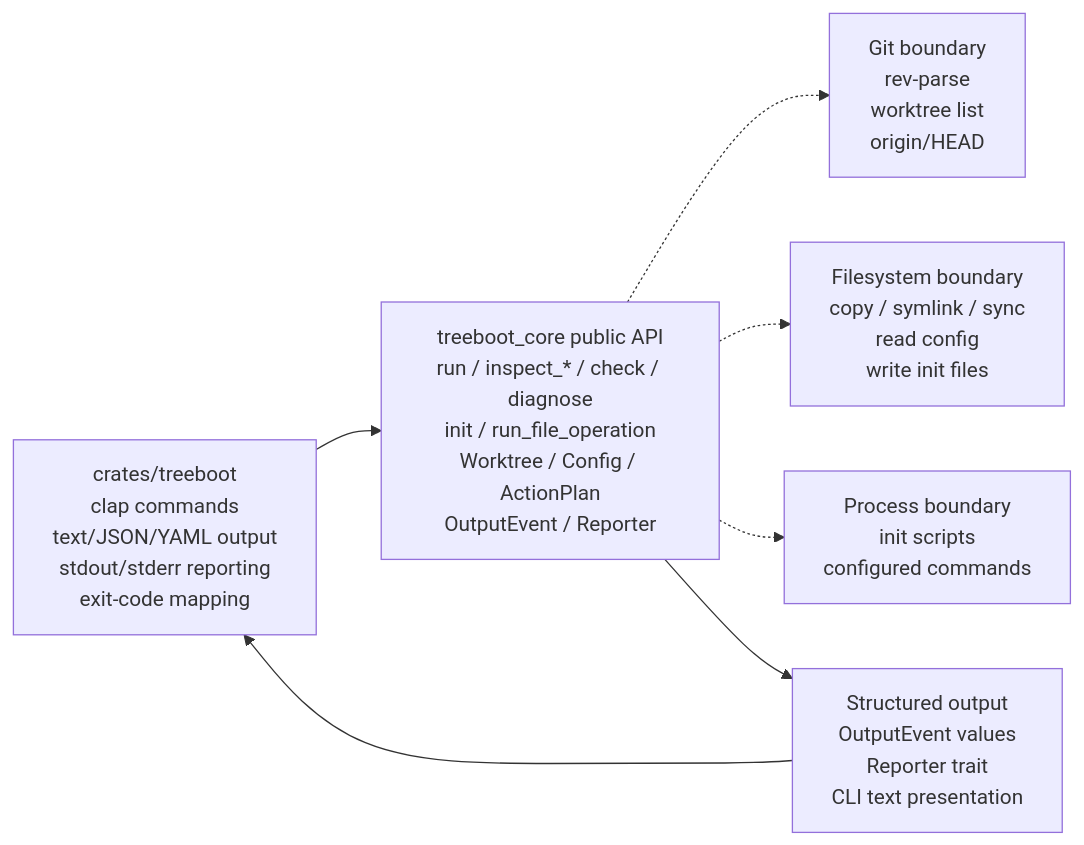
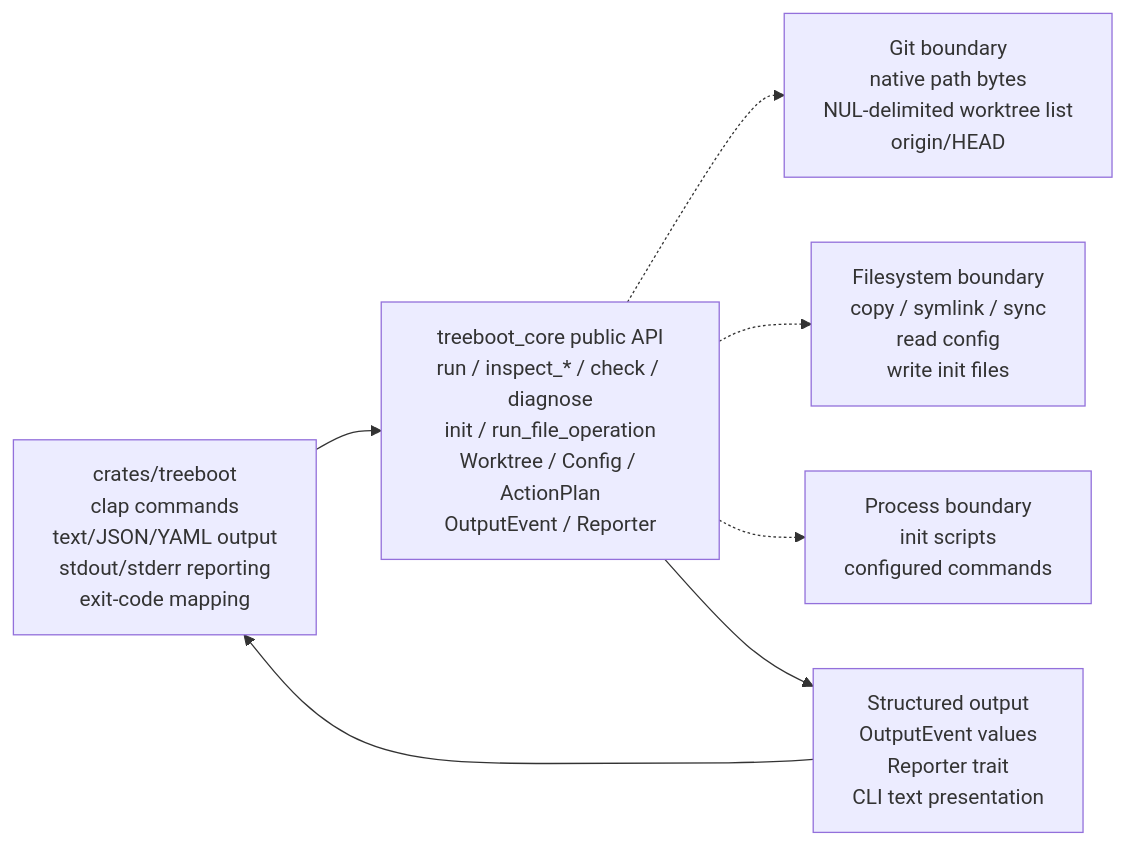
One commit to jimeh/treeboot changed the first of 5 diagrams in docs/ARCHITECTURE.md. Above: the diagram before and after it, drawn with Mermaid. The commit also changed other lines of this file and 5 other files, not shown here.

First line of the commit message:
fix: preserve native Git worktree paths (#90)

````diff
--- a/docs/ARCHITECTURE.md
+++ b/docs/ARCHITECTURE.md
@@ -20,16 +20,16 @@
 ```mermaid
 flowchart LR
   CLI["crates/treeboot<br/>clap commands<br/>text/JSON/YAML output<br/>stdout/stderr reporting<br/>exit-code mapping"]
   API["treeboot_core public API<br/>run / inspect_* / check / diagnose<br/>init / run_file_operation<br/>Worktree / Config / ActionPlan<br/>OutputEvent / Reporter"]
-  GIT["Git boundary<br/>rev-parse<br/>worktree list<br/>origin/HEAD"]
+  GIT["Git boundary<br/>native path bytes<br/>NUL-delimited worktree list<br/>origin/HEAD"]
   FS["Filesystem boundary<br/>copy / symlink / sync<br/>read config<br/>write init files"]
   PROC["Process boundary<br/>init scripts<br/>configured commands"]
   OUT["Structured output<br/>OutputEvent values<br/>Reporter trait<br/>CLI text presentation"]
 
   CLI --> API
   API -.-> GIT
   API -.-> FS
   API -.-> PROC
   API --> OUT
   OUT --> CLI
 ```
````
